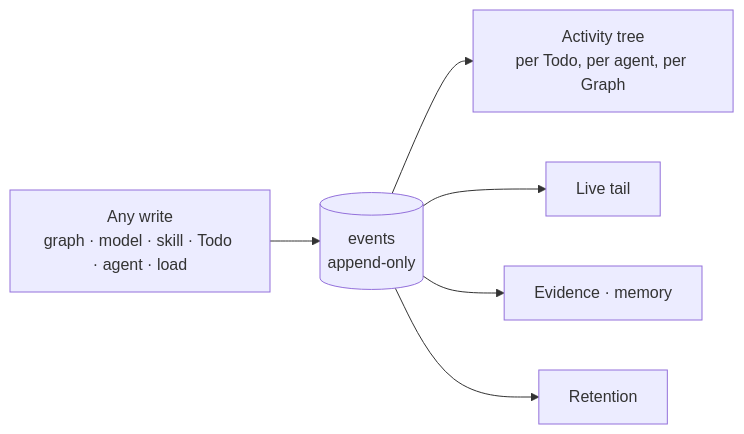
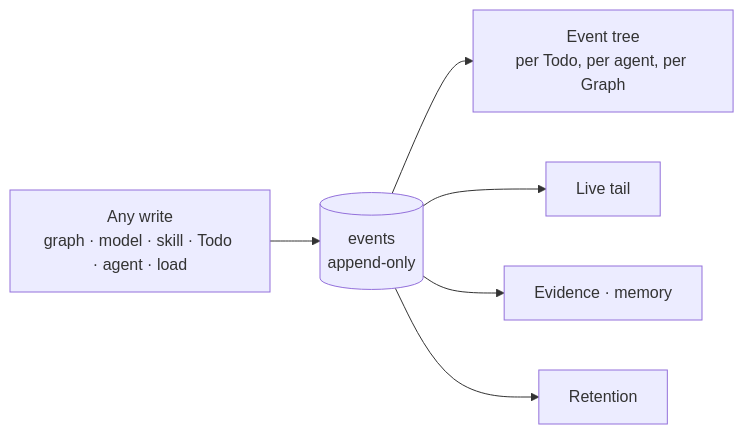
One commit to invana/invana changed the first of 2 diagrams in specs/system-design/modules/operate.md. Above: the diagram before and after it, drawn with Mermaid. The commit also changed other lines of this file and 884 other files, not shown here.

````diff
--- a/specs/system-design/modules/operate.md
+++ b/specs/system-design/modules/operate.md
@@ -11,8 +11,8 @@
 ```mermaid
 flowchart LR
     W[Any write<br/>graph · model · skill · Todo · agent · load] --> E[(events<br/>append-only)]
-    E --> A[Activity tree<br/>per Todo, per agent, per Graph]
+    E --> A[Event tree<br/>per Todo, per agent, per Graph]
     E --> L[Live tail]
     E --> EV[Evidence · memory]
     E --> R[Retention]
 ```
````
